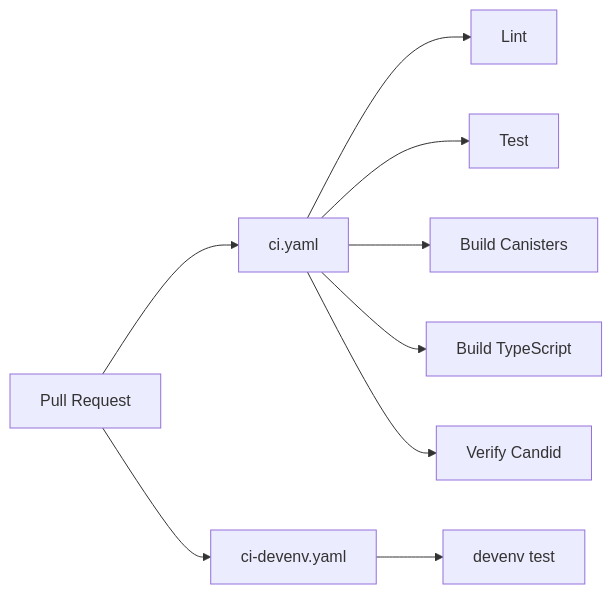
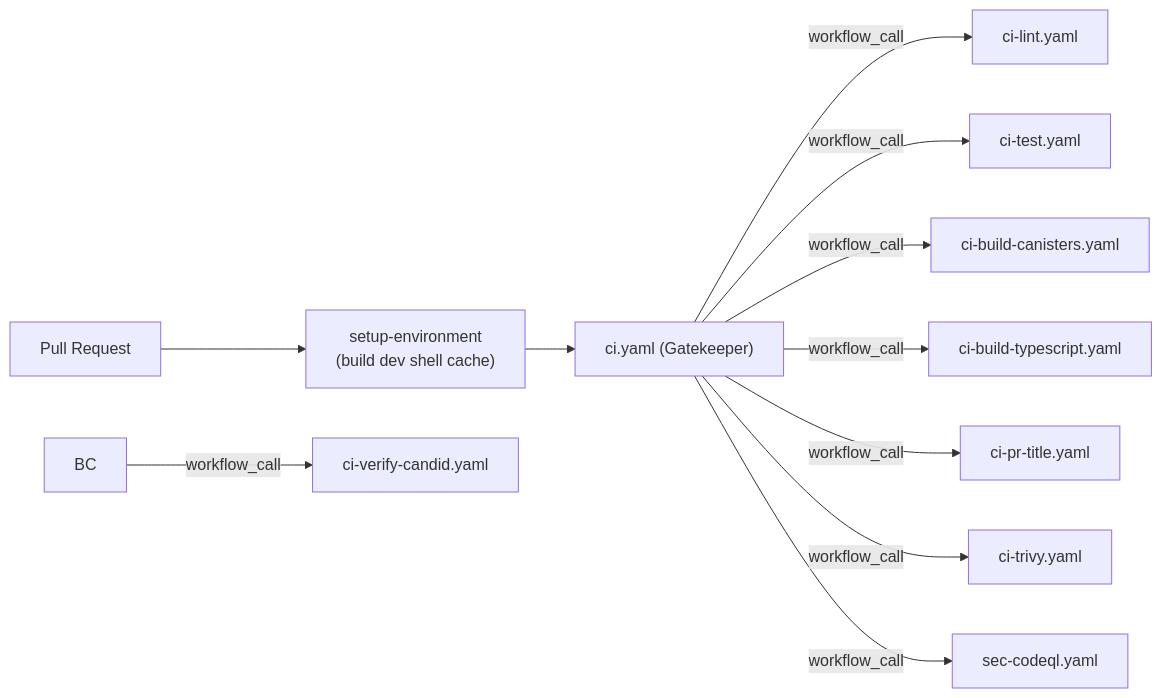
One commit to irken-empire/ic-siwa changed the third of 3 diagrams in docs/ci-cd.md. Above: the diagram before and after it, drawn with Mermaid. The commit also changed other lines of this file and 15 other files, not shown here.

````diff
--- a/docs/ci-cd.md
+++ b/docs/ci-cd.md
@@ -64,13 +64,14 @@
 ```mermaid
 graph LR
-    PR["Pull Request"] --> CI["ci.yaml"]
-    PR --> DEV["ci-devenv.yaml"]
+    PR["Pull Request"] --> SE["setup-environment<br/>(build dev shell cache)"]
+    SE --> CI["ci.yaml (Gatekeeper)"]
 
-    CI --> L["Lint"]
-    CI --> T["Test"]
-    CI --> BC["Build Canisters"]
-    CI --> BT["Build TypeScript"]
-    CI --> VC["Verify Candid"]
-
-    DEV --> DT["devenv test"]
+    CI --> |workflow_call| CI_LINT["ci-lint.yaml"]
+    CI --> |workflow_call| CI_TEST["ci-test.yaml"]
+    CI --> |workflow_call| CI_BUILD_CAN["ci-build-canisters.yaml"]
+    CI --> |workflow_call| CI_BUILD_TS["ci-build-typescript.yaml"]
+    CI --> |workflow_call| CI_PR_TITLE["ci-pr-title.yaml"]
+    CI --> |workflow_call| CI_TRIVY["ci-trivy.yaml"]
+    CI --> |workflow_call| CI_CODEQL["sec-codeql.yaml"]
+    BC --> |workflow_call| CI_VERIFY_CAN["ci-verify-candid.yaml"]
 ```
````
